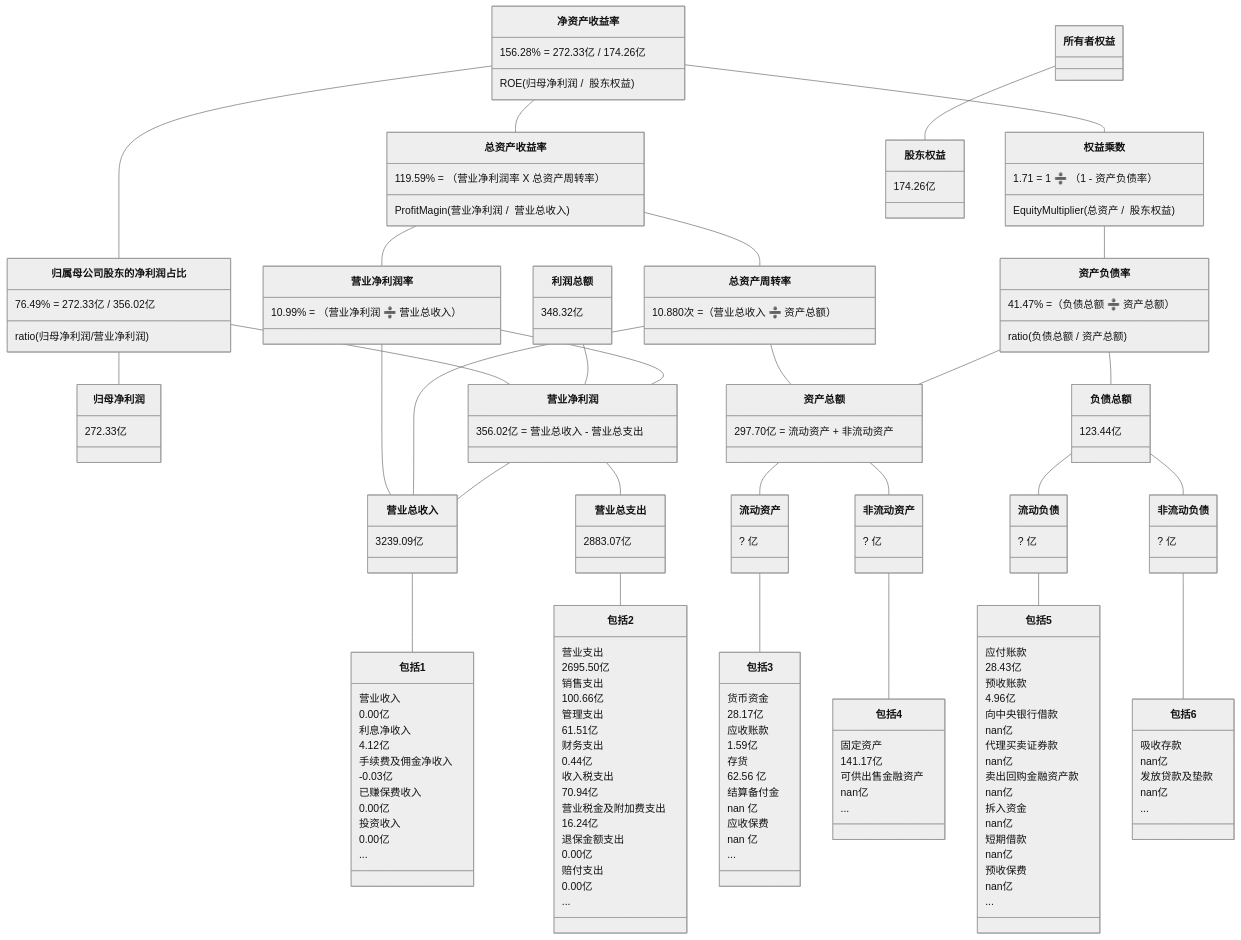
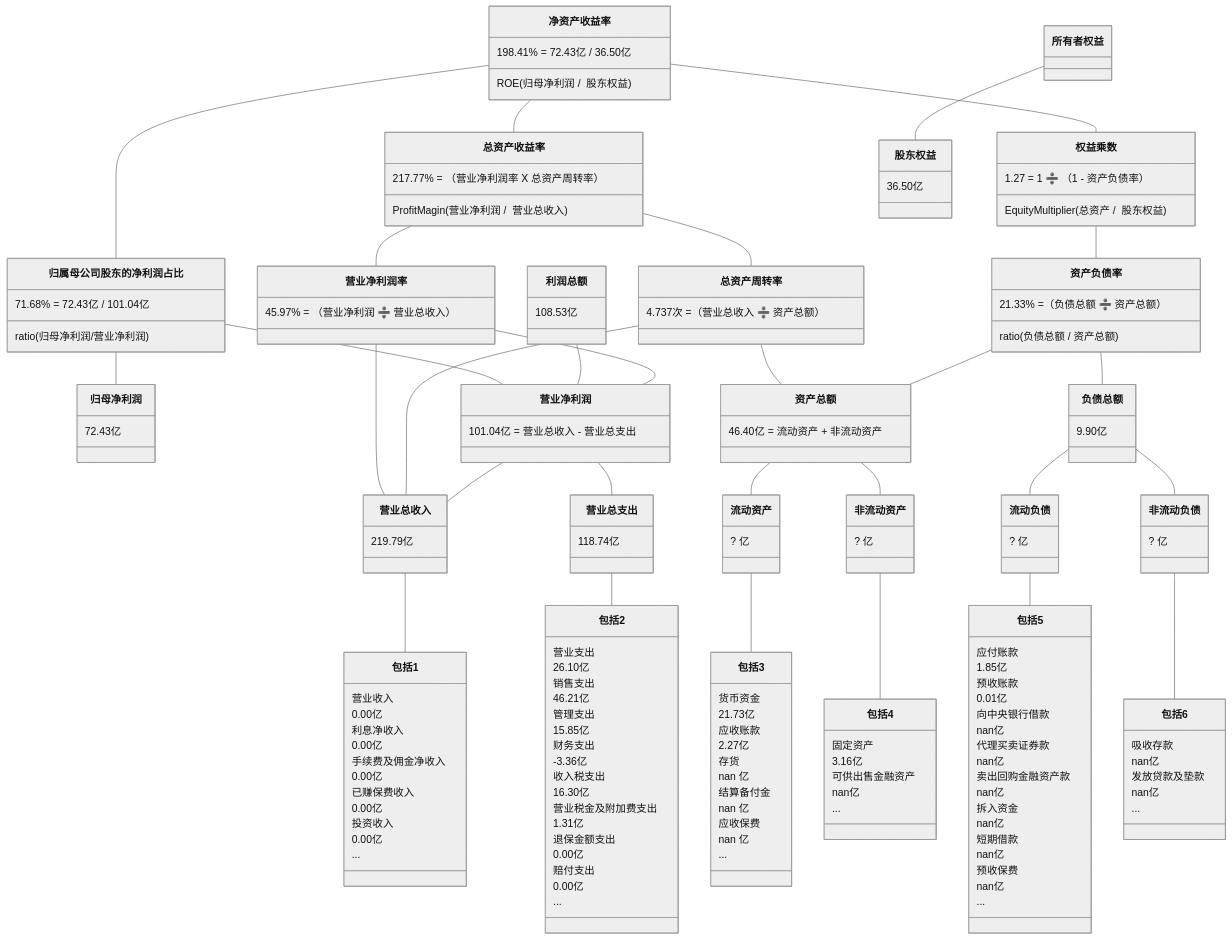
The tenth of 10 diagrams in 2/2.md (TheVeryDarkness/cs410), drawn with Mermaid (neutral theme) before and after one commit. The commit also changed other lines of this file and 18 other files, not shown here.

````diff
--- a/2/2.md
+++ b/2/2.md
@@ -1375,45 +1415,45 @@
 ```mermaid
 classDiagram
 净资产收益率 -- 总资产收益率
-    净资产收益率 : 156.28% = 272.33亿 / 174.26亿
+    净资产收益率 : 198.41% = 72.43亿 / 36.50亿
     净资产收益率 : ROE(归母净利润 /  股东权益)
-    总资产收益率 : 119.59% = （营业净利润率 X 总资产周转率）
+    总资产收益率 : 217.77% = （营业净利润率 X 总资产周转率）
     总资产收益率 : ProfitMagin(营业净利润 /  营业总收入)
 净资产收益率 -- 归属母公司股东的净利润占比
-	  归属母公司股东的净利润占比 : 76.49% = 272.33亿 / 356.02亿
+	  归属母公司股东的净利润占比 : 71.68% = 72.43亿 / 101.04亿
 	  归属母公司股东的净利润占比 : ratio(归母净利润/营业净利润)
 归属母公司股东的净利润占比 -- 归母净利润
-    归母净利润 : 272.33亿
+    归母净利润 : 72.43亿
 归属母公司股东的净利润占比 -- 营业净利润
-利润总额 : 348.32亿
+利润总额 : 108.53亿
 利润总额 -- 营业净利润
 净资产收益率 -- 权益乘数
-    权益乘数 : 1.71 = 1 ➗ （1 - 资产负债率）
+    权益乘数 : 1.27 = 1 ➗ （1 - 资产负债率）
     权益乘数 : EquityMultiplier(总资产 /  股东权益)
 
 总资产收益率 -- 营业净利润率
-    营业净利润率 : 10.99% = （营业净利润 ➗ 营业总收入）
+    营业净利润率 : 45.97% = （营业净利润 ➗ 营业总收入）
 总资产收益率 -- 总资产周转率
-    总资产周转率 : 10.880次 =（营业总收入 ➗ 资产总额）
+    总资产周转率 : 4.737次 =（营业总收入 ➗ 资产总额）
 权益乘数 -- 资产负债率
-    资产负债率  : 41.47% =（负债总额 ➗ 资产总额）
+    资产负债率  : 21.33% =（负债总额 ➗ 资产总额）
     资产负债率  : ratio(负债总额 / 资产总额)
 
 营业净利润率 -- 营业净利润
-    营业净利润 : 356.02亿 = 营业总收入 - 营业总支出
+    营业净利润 : 101.04亿 = 营业总收入 - 营业总支出
 营业净利润率 -- 营业总收入
 总资产周转率 -- 营业总收入
 总资产周转率 -- 资产总额
-    资产总额 : 297.70亿 = 流动资产 + 非流动资产
+    资产总额 : 46.40亿 = 流动资产 + 非流动资产
 资产负债率 -- 负债总额
-    负债总额 : 123.44亿
+    负债总额 : 9.90亿
 资产负债率 -- 资产总额
 
 
 营业净利润 -- 营业总收入
-    营业总收入 : 3239.09亿
+    营业总收入 : 219.79亿
 营业净利润 -- 营业总支出
-    营业总支出 : 2883.07亿
+    营业总支出 : 118.74亿
 资产总额 -- 流动资产
 	  流动资产 : ? 亿
 资产总额 -- 非流动资产
@@ -1427,9 +1467,9 @@
     包括1 : 营业收入
     包括1 : 0.00亿
     包括1 : 利息净收入
-    包括1 : 4.12亿
+    包括1 : 0.00亿
     包括1 : 手续费及佣金净收入
-    包括1 : -0.03亿
+    包括1 : 0.00亿
     包括1 : 已赚保费收入
     包括1 : 0.00亿
     包括1 : 投资收入
@@ -1437,17 +1477,17 @@
     包括1 : ...
 营业总支出 -- 包括2
     包括2 : 营业支出
-    包括2 : 2695.50亿
+    包括2 : 26.10亿
     包括2 : 销售支出
-    包括2 : 100.66亿
+    包括2 : 46.21亿
     包括2 : 管理支出
-    包括2 : 61.51亿
+    包括2 : 15.85亿
     包括2 : 财务支出
-    包括2 : 0.44亿
+    包括2 : -3.36亿
     包括2 : 收入税支出
-    包括2 : 70.94亿
+    包括2 : 16.30亿
     包括2 : 营业税金及附加费支出
-    包括2 : 16.24亿
+    包括2 : 1.31亿
     包括2 : 退保金额支出
     包括2 : 0.00亿
     包括2 : 赔付支出
@@ -1455,11 +1495,11 @@
     包括2 : ...
 流动资产 -- 包括3
     包括3 : 货币资金
-    包括3 : 28.17亿
+    包括3 : 21.73亿
     包括3 : 应收账款
-    包括3 : 1.59亿
+    包括3 : 2.27亿
     包括3 : 存货
-    包括3 : 62.56 亿
+    包括3 : nan 亿
     包括3 : 结算备付金
     包括3 : nan 亿
     包括3 : 应收保费
@@ -1467,15 +1507,15 @@
     包括3 : ...
 非流动资产 -- 包括4
     包括4 : 固定资产
-    包括4 : 141.17亿
+    包括4 : 3.16亿
     包括4 : 可供出售金融资产
     包括4 : nan亿
     包括4 : ...
 流动负债 -- 包括5
     包括5 : 应付账款
-    包括5 : 28.43亿
+    包括5 : 1.85亿
     包括5 : 预收账款
-    包括5 : 4.96亿
+    包括5 : 0.01亿
     包括5 : 向中央银行借款
     包括5 : nan亿
     包括5 : 代理买卖证券款
@@ -1496,5 +1536,5 @@
     包括6 : nan亿
     包括6 : ...
 所有者权益 -- 股东权益
-    股东权益 : 174.26亿
+    股东权益 : 36.50亿
 ```
````
